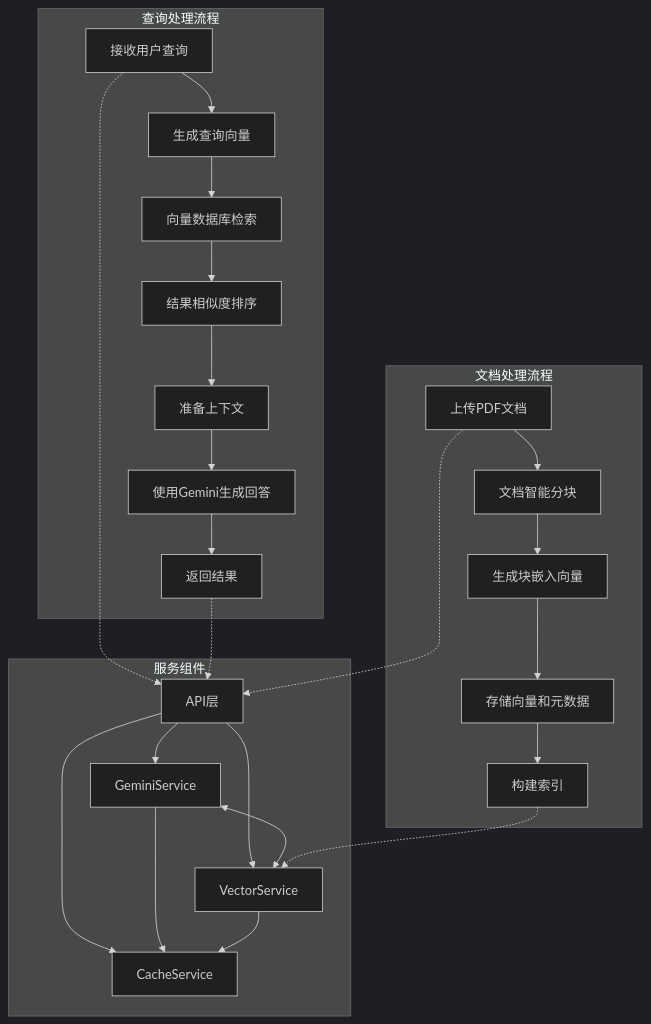
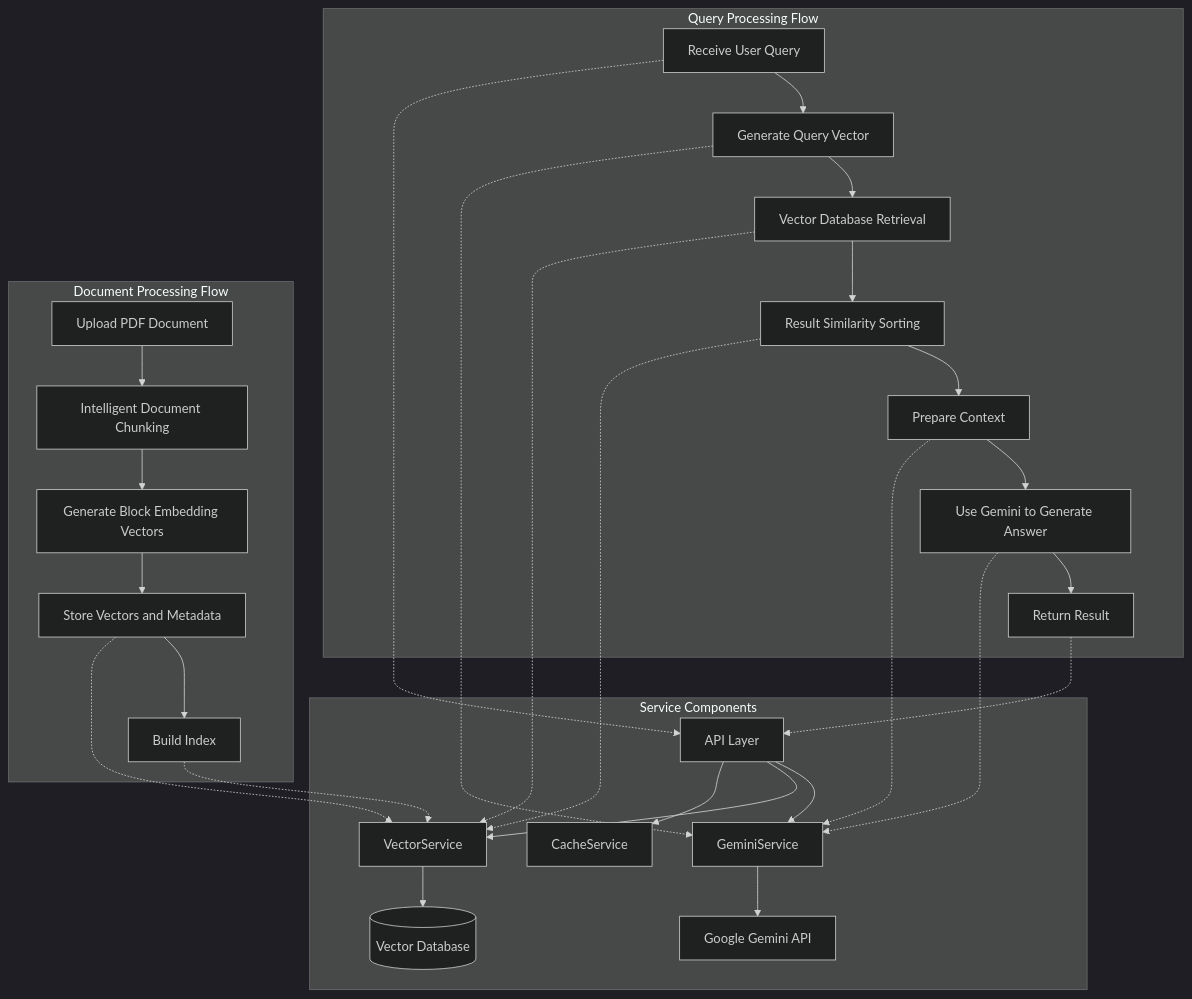
The eighth of 10 diagrams in README.md (zking2000/gemini-vector-search), drawn with Mermaid (dark theme) before and after one commit. The commit also changed other lines of this file and 13 other files, not shown here.

````diff
--- a/README.md
+++ b/README.md
@@ -837,35 +825,38 @@
 ```mermaid
 flowchart TB
-    %% 主要流程
-    subgraph "查询处理流程"
-        A[接收用户查询] --> B[生成查询向量]
-        B --> C[向量数据库检索]
-        C --> D[结果相似度排序]
-        D --> E[准备上下文]
-        E --> F[使用Gemini生成回答]
-        F --> G[返回结果]
+    %% Main Flow
+    subgraph "Query Processing Flow"
+        A[Receive User Query] --> B[Generate Query Vector]
+        B --> C[Vector Database Retrieval]
+        C --> D[Result Similarity Sorting]
+        D --> E[Prepare Context]
+        E --> F[Use Gemini to Generate Answer]
+        F --> G[Return Result]
     end
     
-    subgraph "文档处理流程"
-        H[上传PDF文档] --> I[文档智能分块]
-        I --> J[生成块嵌入向量]
-        J --> K[存储向量和元数据]
-        K --> L[构建索引]
+    subgraph "Document Processing Flow"
+        H[Upload PDF Document] --> I[Intelligent Document Chunking]
+        I --> J[Generate Block Embedding Vectors]
+        J --> K[Store Vectors and Metadata]
+        K --> L[Build Index]
     end
     
-    subgraph "服务组件"
-        API[API层] --> GS[GeminiService]
+    subgraph "Service Components"
+        API[API Layer] --> GS[GeminiService]
         API --> VS[VectorService]
         API --> CS[CacheService]
-        
-        GS <--> VS
-        GS --> CS
-        VS --> CS
+        GS --> Google[Google Gemini API]
+        VS --> DB[(Vector Database)]
     end
     
-    %% 连接流程与组件
+    %% Connect Flow to Components
     A -.-> API
     G -.-> API
-    H -.-> API
+    B -.-> GS
+    E -.-> GS
+    F -.-> GS
+    C -.-> VS
+    D -.-> VS
+    K -.-> VS
     L -.-> VS
 ```
````
